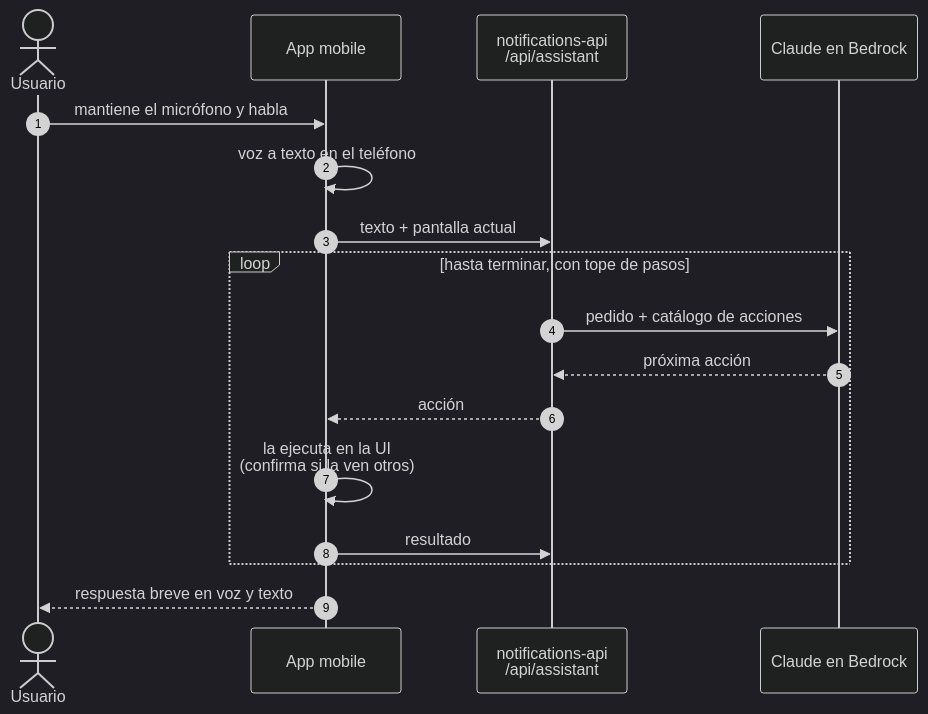
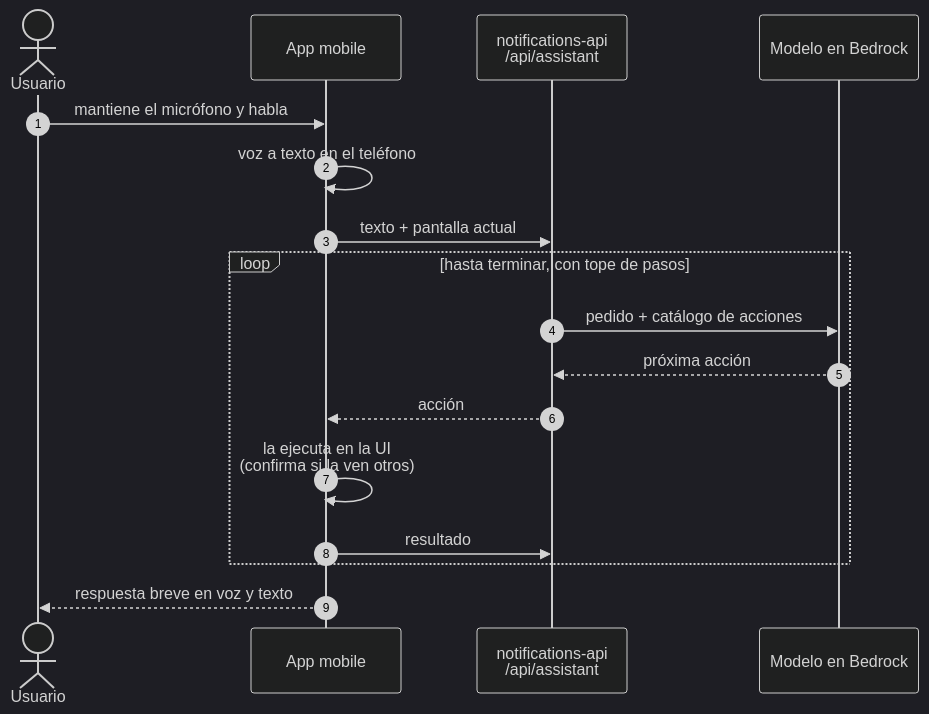
One commit to tds-g3-2s2026/udesa-x-platform changed the diagram in docs/PROPUESTAS-IA.md. Above: the diagram before and after it, drawn with Mermaid (dark theme). The commit also changed other lines of this file and 2 other files, not shown here.

````diff
--- a/docs/PROPUESTAS-IA.md
+++ b/docs/PROPUESTAS-IA.md
@@ -19,20 +19,20 @@
 ```mermaid
 sequenceDiagram
     autonumber
     actor USR as Usuario
     participant APP as App mobile
     participant AST as notifications-api<br/>/api/assistant
-    participant LLM as Claude en Bedrock
+    participant LLM as Modelo en Bedrock
 
     USR->>APP: mantiene el micrófono y habla
     APP->>APP: voz a texto en el teléfono
     APP->>AST: texto + pantalla actual
     loop hasta terminar, con tope de pasos
         AST->>LLM: pedido + catálogo de acciones
         LLM-->>AST: próxima acción
         AST-->>APP: acción
         APP->>APP: la ejecuta en la UI<br/>(confirma si la ven otros)
         APP->>AST: resultado
     end
     APP-->>USR: respuesta breve en voz y texto
 ```
````
